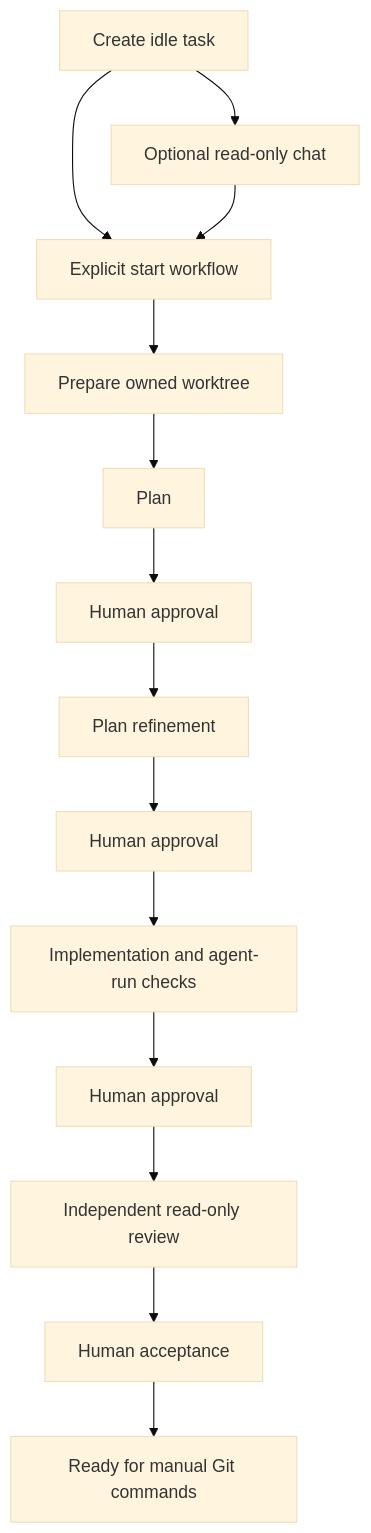
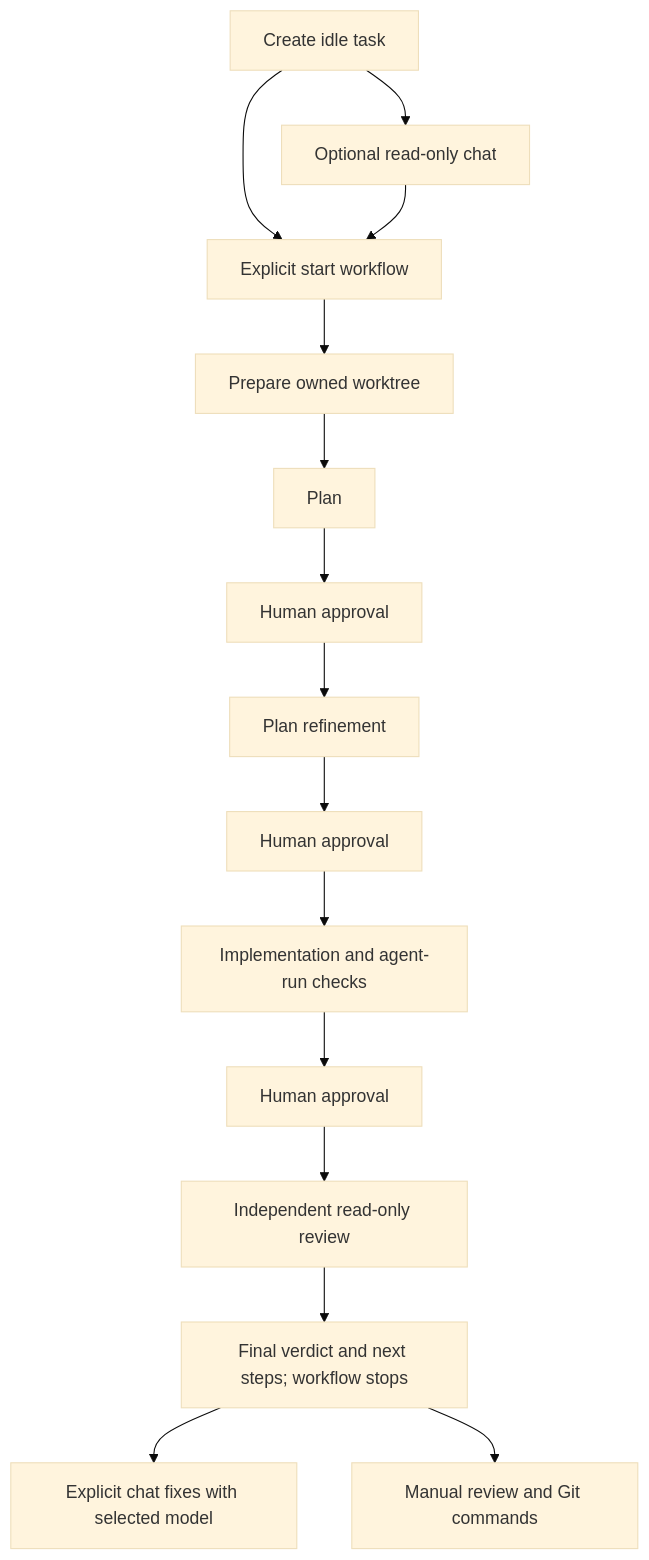
One commit to akshajrawat/akkco-vibestar changed the second of 2 diagrams in ARCHITECTURE.md. Above: the diagram before and after it, drawn with Mermaid (base theme). The commit also changed other lines of this file and 103 other files, not shown here.

````diff
--- a/ARCHITECTURE.md
+++ b/ARCHITECTURE.md
@@ -91,16 +104,17 @@
 ```mermaid
 flowchart TD
   Create[Create idle task] --> Chat[Optional read-only chat]
   Create --> Start[Explicit start workflow]
   Chat --> Start
   Start --> Prepare[Prepare owned worktree]
   Prepare --> Plan[Plan]
   Plan --> Gate1[Human approval]
   Gate1 --> Refine[Plan refinement]
   Refine --> Gate2[Human approval]
   Gate2 --> Implement[Implementation and agent-run checks]
   Implement --> Gate3[Human approval]
   Gate3 --> Review[Independent read-only review]
-  Review --> Gate4[Human acceptance]
-  Gate4 --> Ready[Ready for manual Git commands]
+  Review --> Verdict[Final verdict and next steps; workflow stops]
+  Verdict --> Followup[Explicit chat fixes with selected model]
+  Verdict --> Ready[Manual review and Git commands]
 ```
````
